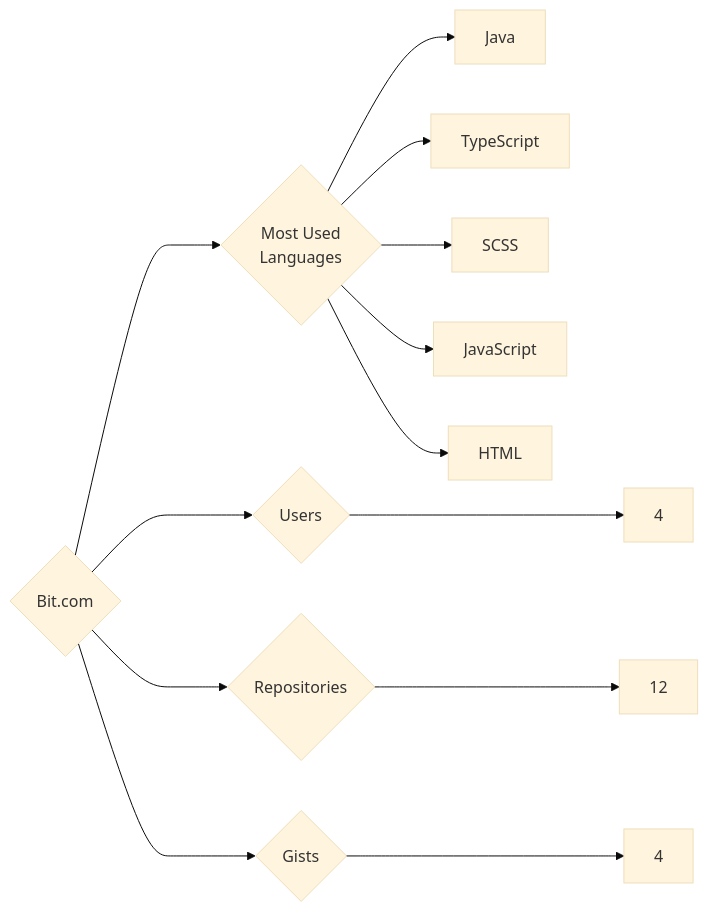
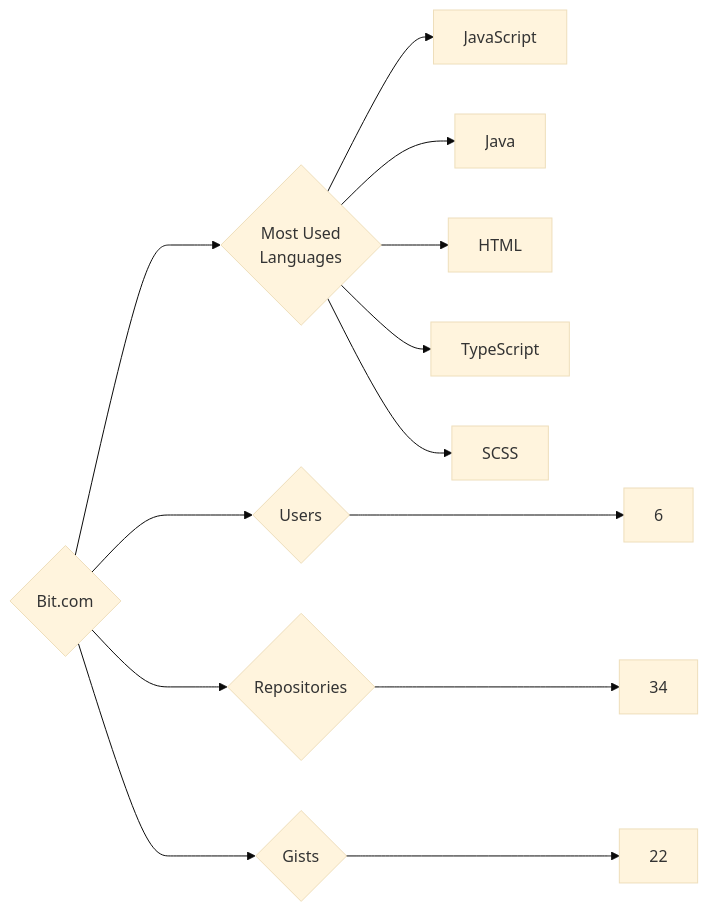
The diagram in targets/Bit.com/README.md (trickest/insiders), drawn with Mermaid (base theme) before and after one commit. The commit also changed 1166 other files, not shown here.

````diff
--- a/targets/Bit.com/README.md
+++ b/targets/Bit.com/README.md
@@ -3,13 +3,13 @@
 ```mermaid
 graph LR
 COMPANY_NAME{Bit.com}
-COMPANY_NAME ---> U{Users} ---> UN[4]
-COMPANY_NAME ---> R{Repositories} ---> RN[12]
-COMPANY_NAME ---> G{Gists} ---> GN[4]
+COMPANY_NAME ---> U{Users} ---> UN[6]
+COMPANY_NAME ---> R{Repositories} ---> RN[34]
+COMPANY_NAME ---> G{Gists} ---> GN[22]
 COMPANY_NAME ---> ML{Most Used<br>Languages}
+ML --> JavaScript[JavaScript]
 ML --> Java[Java]
+ML --> HTML[HTML]
 ML --> TypeScript[TypeScript]
 ML --> SCSS[SCSS]
-ML --> JavaScript[JavaScript]
-ML --> HTML[HTML]
 ```
````
